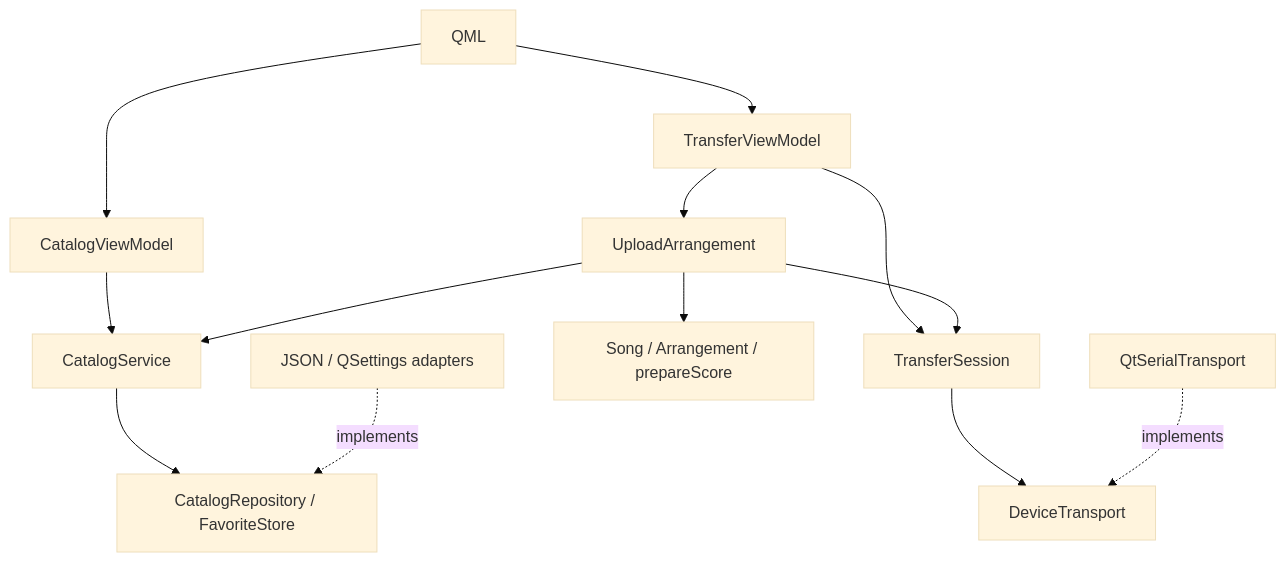
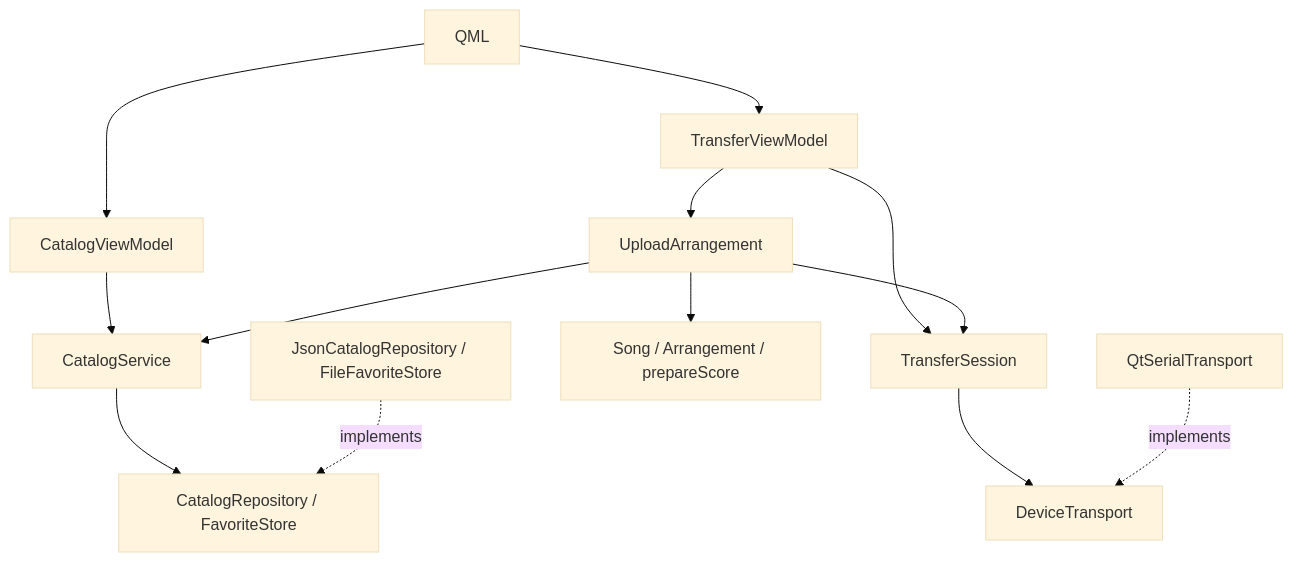
One commit to kovalevm2207/Self-Playing_Guitar changed the diagram in software/docs/architecture.md. Above: the diagram before and after it, drawn with Mermaid (base theme). The commit also changed other lines of this file and 18 other files, not shown here.

````diff
--- a/software/docs/architecture.md
+++ b/software/docs/architecture.md
@@ -21,15 +21,15 @@
 ```mermaid
 flowchart TD
     QML[QML] --> CatalogVM[CatalogViewModel]
     QML --> TransferVM[TransferViewModel]
     CatalogVM --> Catalog[CatalogService]
     TransferVM --> Upload[UploadArrangement]
     TransferVM --> Session[TransferSession]
     Upload --> Catalog
     Upload --> Music[Song / Arrangement / prepareScore]
     Upload --> Session
     Catalog --> Storage[CatalogRepository / FavoriteStore]
     Session --> Transport[DeviceTransport]
-    Json[JSON / QSettings adapters] -.implements.-> Storage
+    Json[JsonCatalogRepository / FileFavoriteStore] -.implements.-> Storage
     Serial[QtSerialTransport] -.implements.-> Transport
 ```
````
